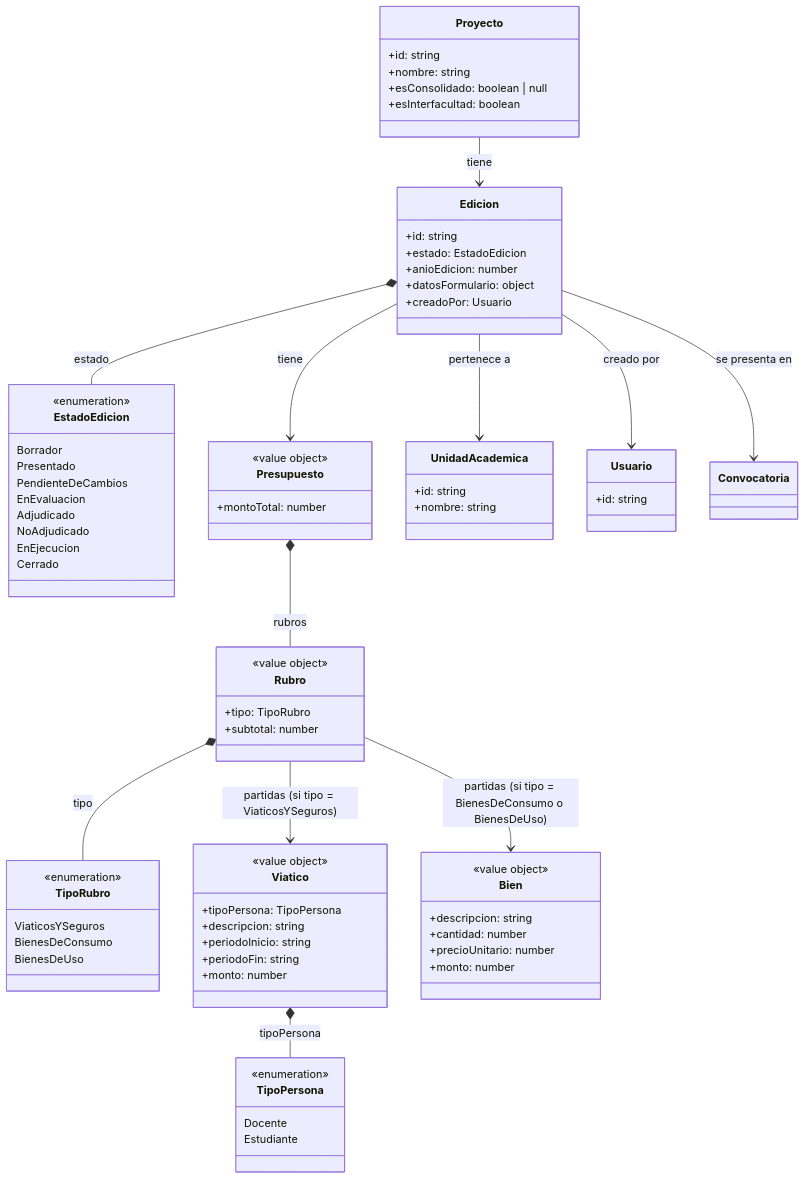
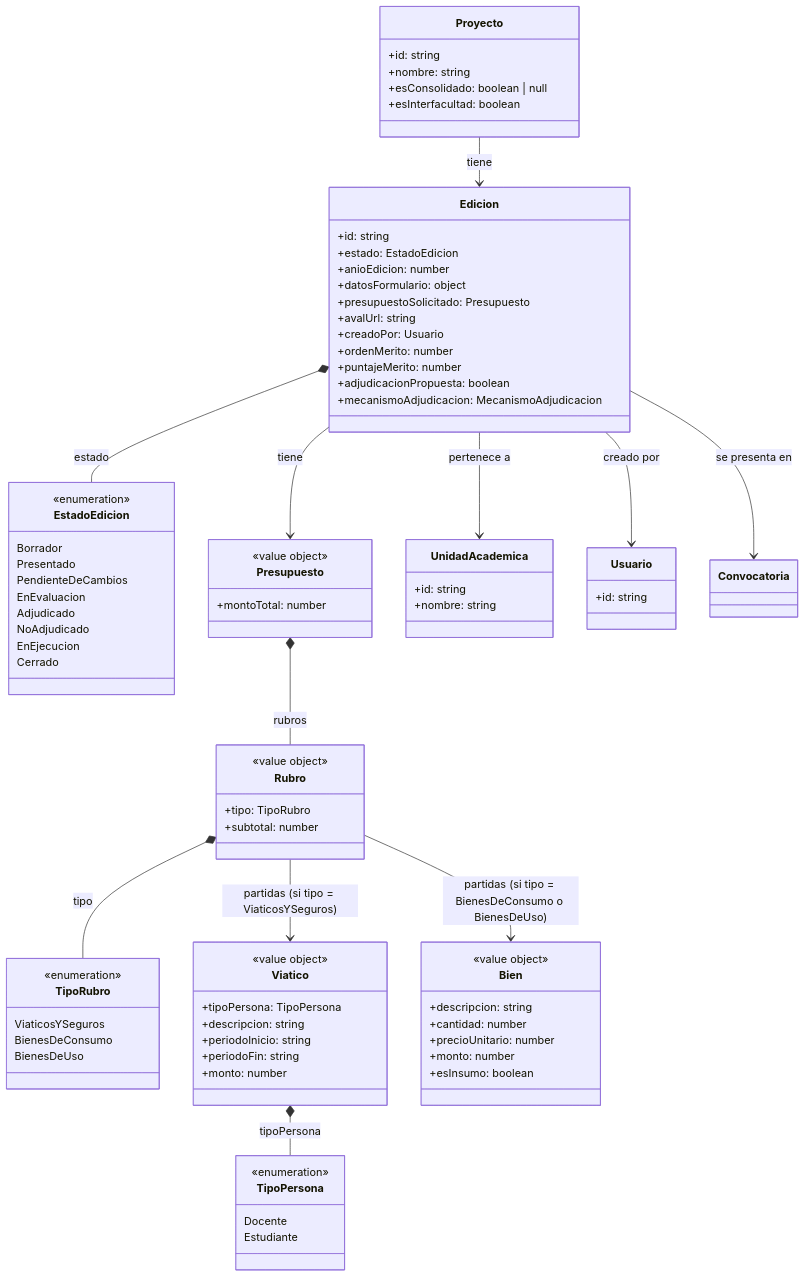
The second of 10 diagrams in docs/dominio/modelo.md (TPP-UBANEX/UBANEX), drawn with Mermaid before and after one commit. The commit also changed other lines of this file and 3 other files, not shown here.

```diff
--- a/docs/dominio/modelo.md
+++ b/docs/dominio/modelo.md
@@ -131,7 +146,13 @@
         +estado: EstadoEdicion
         +anioEdicion: number
         +datosFormulario: object
+        +presupuestoSolicitado: Presupuesto
+        +avalUrl: string
         +creadoPor: Usuario
+        +ordenMerito: number
+        +puntajeMerito: number
+        +adjudicacionPropuesta: boolean
+        +mecanismoAdjudicacion: MecanismoAdjudicacion
     }
 
     class EstadoEdicion {
@@ -179,6 +200,7 @@
         +cantidad: number
         +precioUnitario: number
         +monto: number
+        +esInsumo: boolean
     }
 
     class TipoPersona {
```
